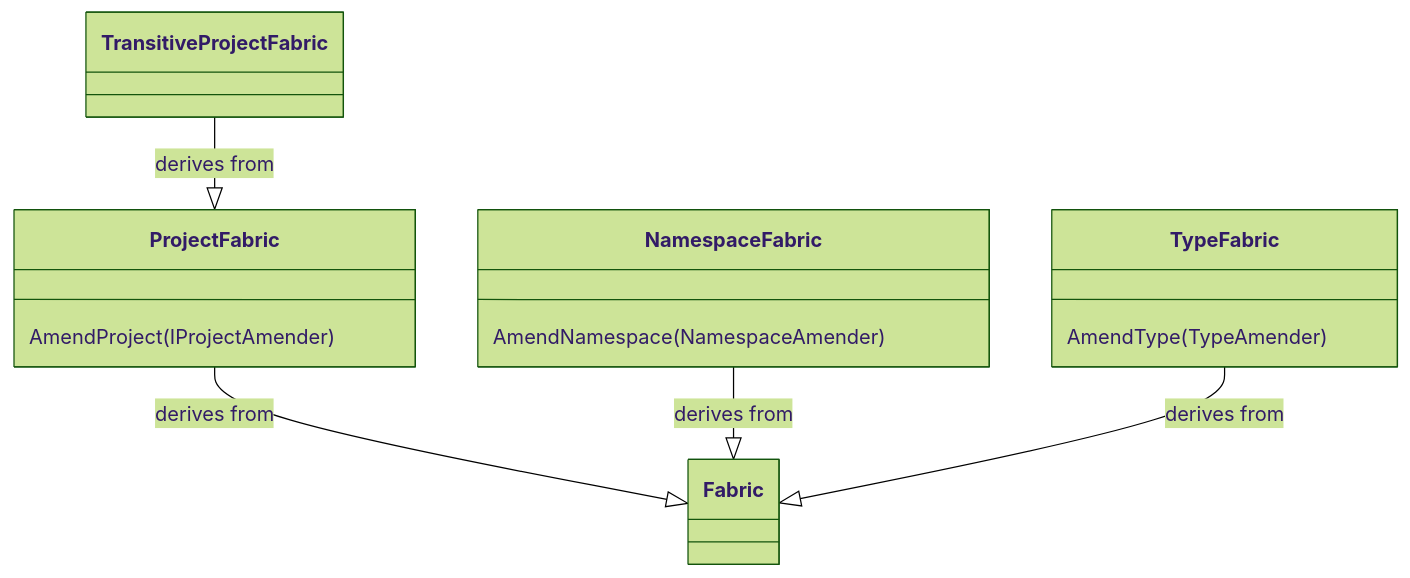
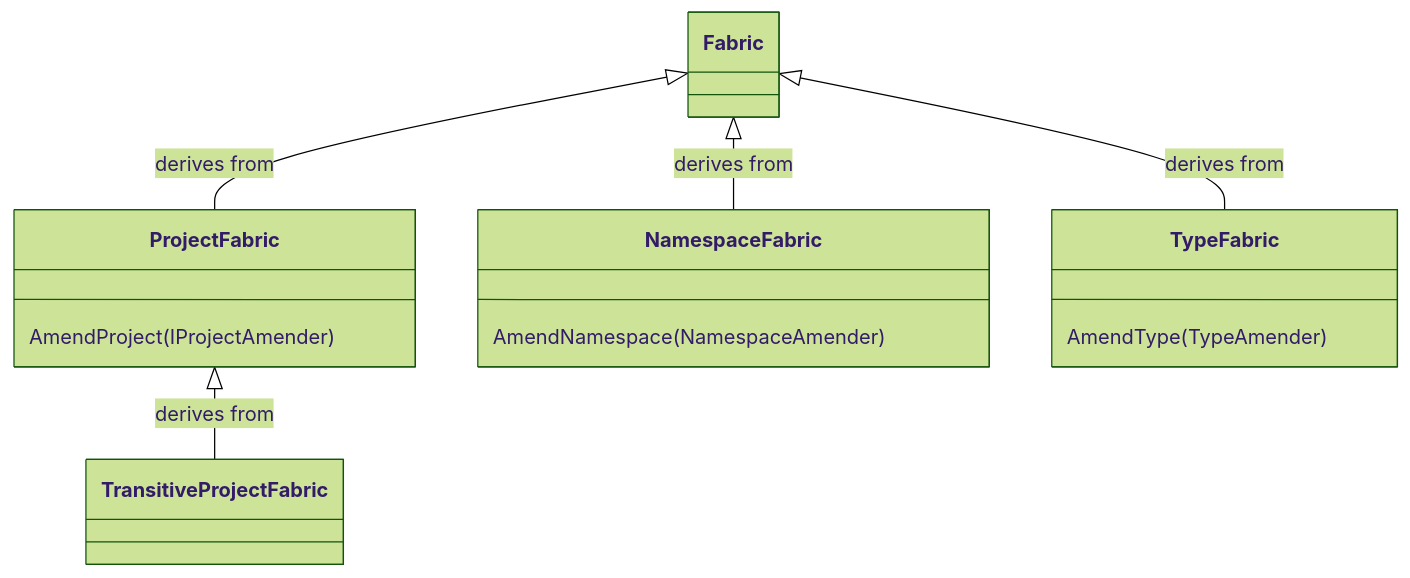
The first of 2 diagrams in docfx/namespaces/Metalama.Framework.Fabrics.md (postsharp/Metalama.Documentation), drawn with Mermaid (forest theme) before and after one commit. The commit also changed other lines of this file and 9 other files, not shown here.

Commit message:
Improved class diagrams

````diff
--- a/docfx/namespaces/Metalama.Framework.Fabrics.md
+++ b/docfx/namespaces/Metalama.Framework.Fabrics.md
@@ -27,31 +27,31 @@
 ```mermaid
 classDiagram
 
     class Fabric {
 
     }
 
     class ProjectFabric {
         AmendProject(IProjectAmender)
     }
 
     class TransitiveProjectFabric {
     }
 
-    ProjectFabric --|> Fabric : derives from
-    TransitiveProjectFabric --|> ProjectFabric : derives from
+    Fabric <|-- ProjectFabric : derives from
+    ProjectFabric <|-- TransitiveProjectFabric : derives from
 
     class NamespaceFabric {
         AmendNamespace(NamespaceAmender)
     }
 
-    NamespaceFabric --|> Fabric : derives from
+    Fabric <|-- NamespaceFabric : derives from
 
     class TypeFabric {
         AmendType(TypeAmender)
     }
 
-    TypeFabric --|> Fabric : derives from
+    Fabric <|-- TypeFabric : derives from
 
 
 ```
````
